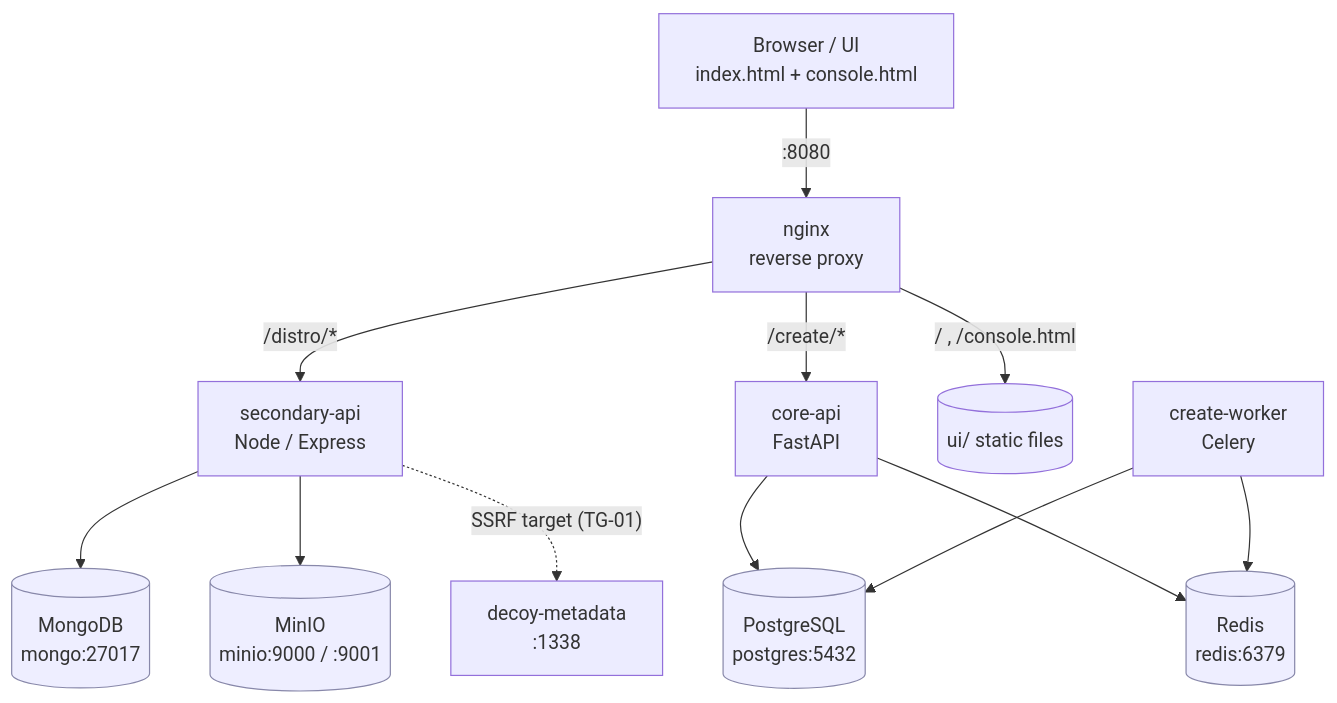
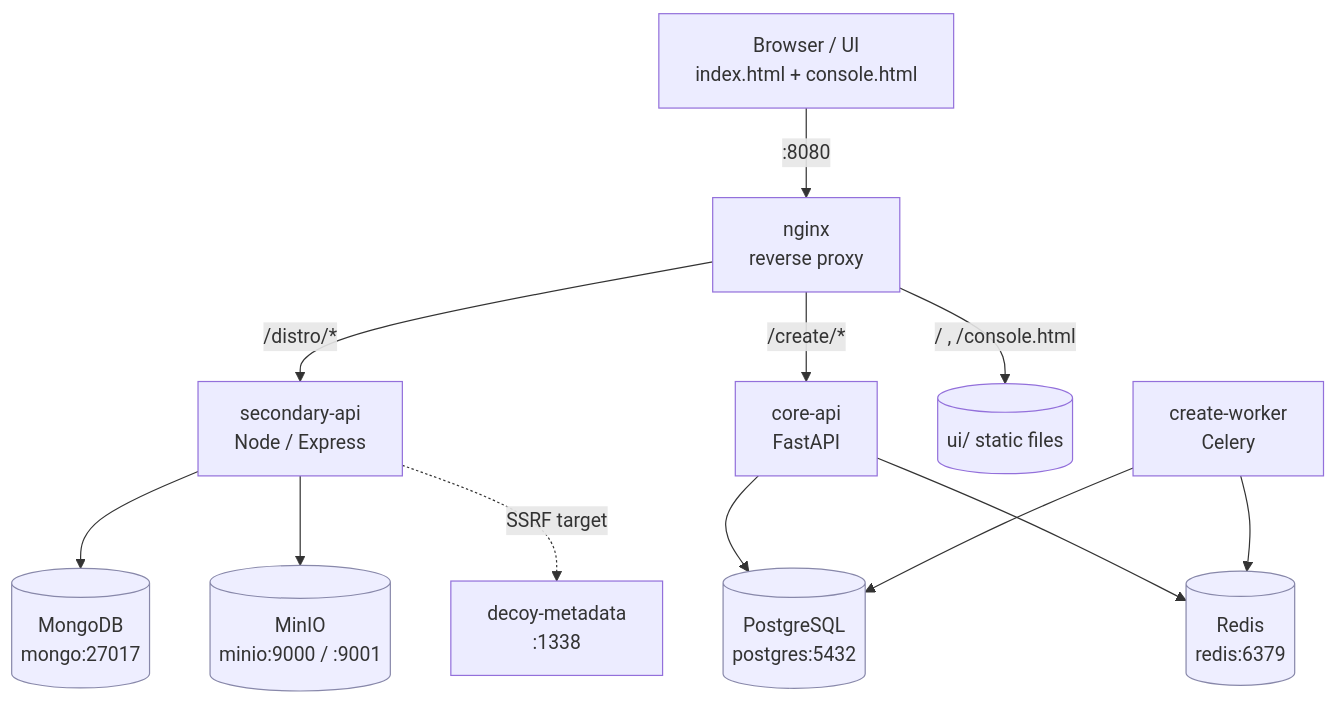
One commit to TheVoidThatConsumes/TenantSheep changed the first of 2 diagrams in README.md. Above: the diagram before and after it, drawn with Mermaid.

Commit message:
Fix SSRF target label in README.md

````diff
--- a/README.md
+++ b/README.md
@@ -37,20 +37,20 @@
 ```mermaid
 graph TD
     Browser["Browser / UI<br/>index.html + console.html"] -->|":8080"| Nginx["nginx<br/>reverse proxy"]
 
     Nginx -->|"/distro/*"| Sec["secondary-api<br/>Node / Express"]
     Nginx -->|"/create/*"| Core["core-api<br/>FastAPI"]
     Nginx -->|"/ , /console.html"| StaticUI[("ui/ static files")]
 
     Sec --> Mongo[("MongoDB<br/>mongo:27017")]
     Sec --> MinIO[("MinIO<br/>minio:9000 / :9001")]
-    Sec -.->|"SSRF target (TG-01)"| Decoy["decoy-metadata<br/>:1338"]
+    Sec -.->|"SSRF target"| Decoy["decoy-metadata<br/>:1338"]
 
     Core --> Postgres[("PostgreSQL<br/>postgres:5432")]
     Core --> Redis[("Redis<br/>redis:6379")]
     Worker["create-worker<br/>Celery"] --> Redis
     Worker --> Postgres
 
     classDef store fill:#eef,stroke:#88a,stroke-width:1px
     class Mongo,Postgres,Redis,MinIO store
 ```
````
